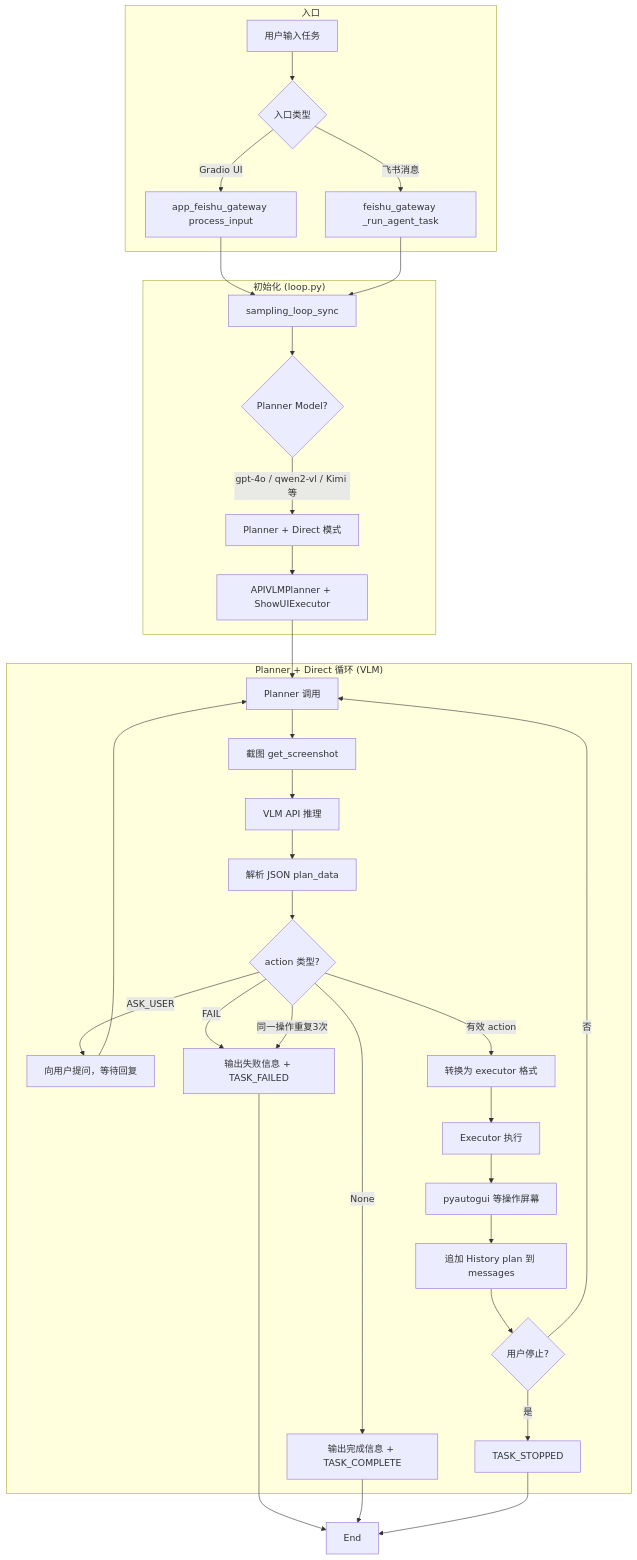
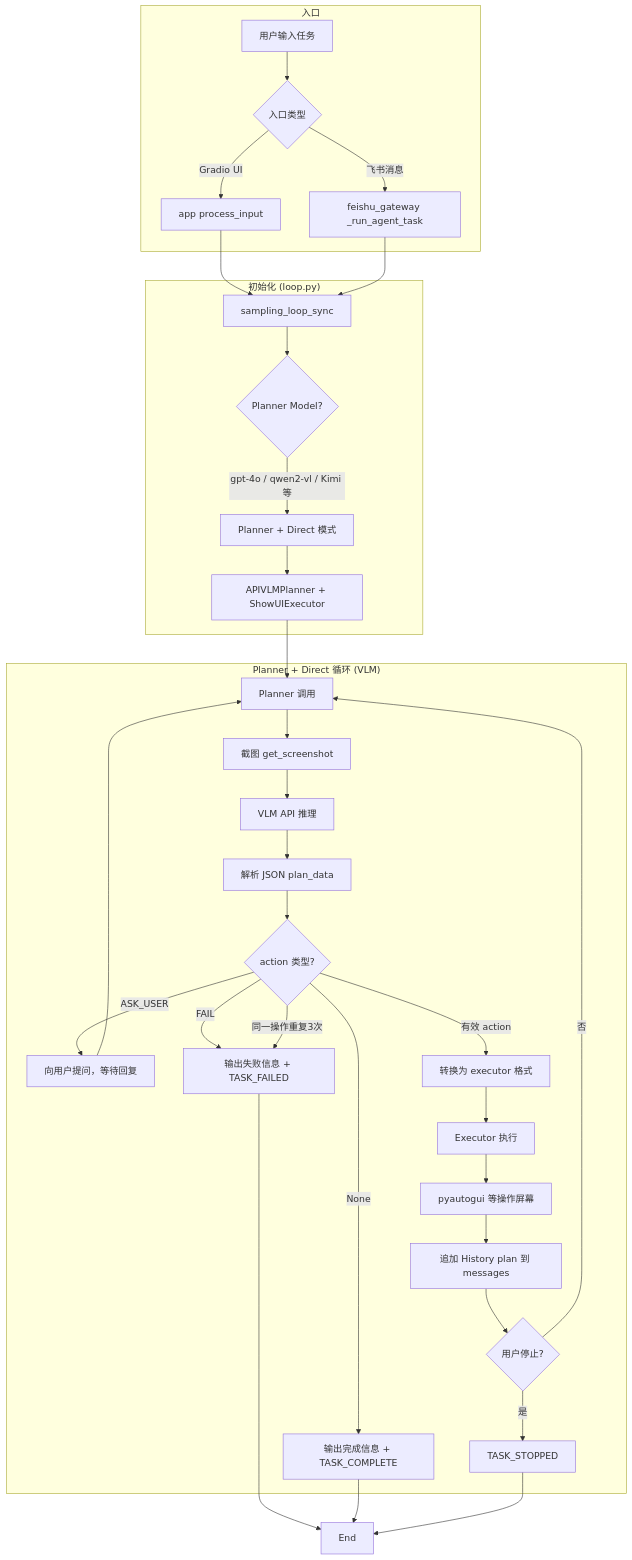
One commit to crown-hg-h/deskclaw changed the first of 4 diagrams in docs/WORKFLOW.md. Above: the diagram before and after it, drawn with Mermaid. The commit also changed other lines of this file and 9 other files, not shown here.

````diff
--- a/docs/WORKFLOW.md
+++ b/docs/WORKFLOW.md
@@ -5,44 +5,44 @@
 ```mermaid
 flowchart TB
     subgraph Entry["入口"]
         A[用户输入任务] --> B{入口类型}
-        B -->|Gradio UI| C[app_feishu_gateway process_input]
+        B -->|Gradio UI| C[app process_input]
         B -->|飞书消息| D[feishu_gateway _run_agent_task]
     end
 
     C --> E[sampling_loop_sync]
     D --> E
 
     subgraph Init["初始化 (loop.py)"]
         E --> F{Planner Model?}
         F -->|gpt-4o / qwen2-vl / Kimi 等| H[Planner + Direct 模式]
         H --> H2[APIVLMPlanner + ShowUIExecutor]
     end
 
     subgraph PlannerActorLoop["Planner + Direct 循环 (VLM)"]
         H2 --> P1[Planner 调用]
         
         P1 --> P2[截图 get_screenshot]
         P2 --> P3[VLM API 推理]
         P3 --> P4[解析 JSON plan_data]
         P4 --> P5{action 类型?}
         
         P5 -->|ASK_USER| P5a[向用户提问，等待回复]
         P5a --> P1
         P5 -->|FAIL| P6[输出失败信息 + TASK_FAILED]
         P5 -->|同一操作重复3次| P6
         P5 -->|None| P7[输出完成信息 + TASK_COMPLETE]
         P5 -->|有效 action| P8[转换为 executor 格式]
         
         P8 --> P9[Executor 执行]
         P9 --> P10[pyautogui 等操作屏幕]
         P10 --> P11[追加 History plan 到 messages]
         P11 --> P12{用户停止?}
         P12 -->|是| P13[TASK_STOPPED]
         P12 -->|否| P1
     end
 
     P6 --> End
     P7 --> End
     P13 --> End
 ```
````
